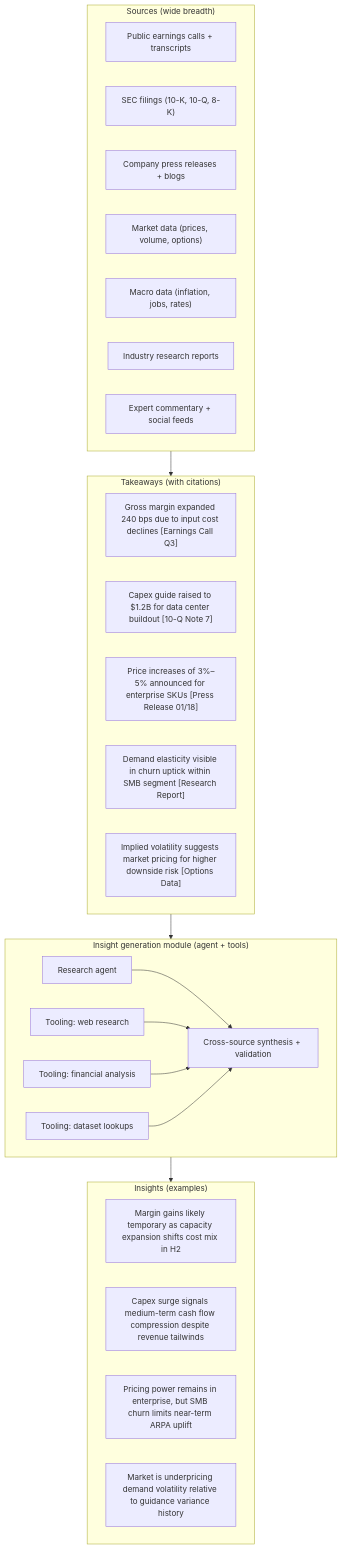
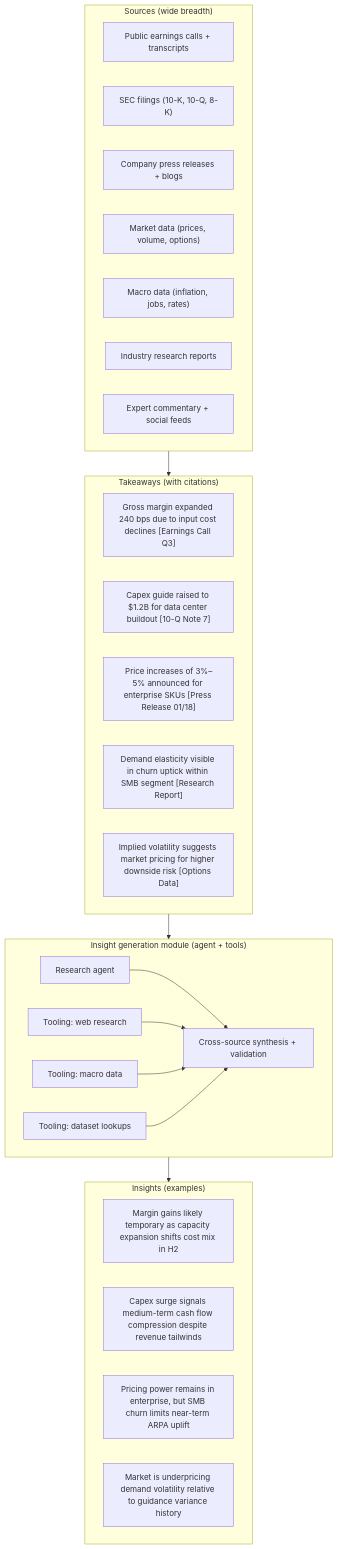
One commit to starmode-base/expert-system changed the diagram in documentation/expert-system-data-flow.mmd. Above: the diagram before and after it, drawn with Mermaid. The commit also changed 18 other files, not shown here.

```diff
--- a/documentation/expert-system-data-flow.mmd
+++ b/documentation/expert-system-data-flow.mmd
@@ -1,43 +1,43 @@
 flowchart TD
   %% Expert system breadth-to-insight flow
   subgraph Sources["Sources (wide breadth)"]
     S1["Public earnings calls + transcripts"]
     S2["SEC filings (10-K, 10-Q, 8-K)"]
     S3["Company press releases + blogs"]
     S4["Market data (prices, volume, options)"]
     S5["Macro data (inflation, jobs, rates)"]
     S6["Industry research reports"]
     S7["Expert commentary + social feeds"]
   end
 
   subgraph Takeaways["Takeaways (with citations)"]
     T1["Gross margin expanded 240 bps due to input cost declines [Earnings Call Q3]"]
     T2["Capex guide raised to $1.2B for data center buildout [10-Q Note 7]"]
     T3["Price increases of 3%–5% announced for enterprise SKUs [Press Release 01/18]"]
     T4["Demand elasticity visible in churn uptick within SMB segment [Research Report]"]
     T5["Implied volatility suggests market pricing for higher downside risk [Options Data]"]
   end
 
   subgraph InsightGen["Insight generation module (agent + tools)"]
     A1["Research agent"]
     A2["Tooling: web research"]
-    A3["Tooling: financial analysis"]
+    A3["Tooling: macro data"]
     A4["Tooling: dataset lookups"]
     A5["Cross-source synthesis + validation"]
   end
 
   subgraph Insights["Insights (examples)"]
     O1["Margin gains likely temporary as capacity expansion shifts cost mix in H2"]
     O2["Capex surge signals medium-term cash flow compression despite revenue tailwinds"]
     O3["Pricing power remains in enterprise, but SMB churn limits near-term ARPA uplift"]
     O4["Market is underpricing demand volatility relative to guidance variance history"]
   end
 
   Sources --> Takeaways
   Takeaways --> InsightGen
   InsightGen --> Insights
 
   A1 --> A5
   A2 --> A5
   A3 --> A5
   A4 --> A5
```
